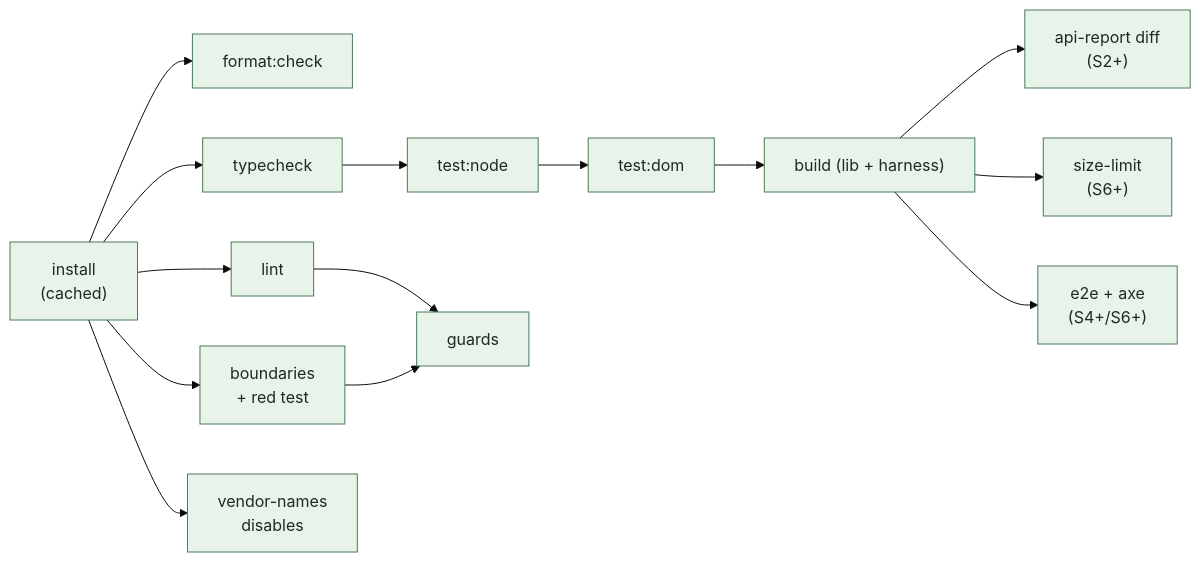
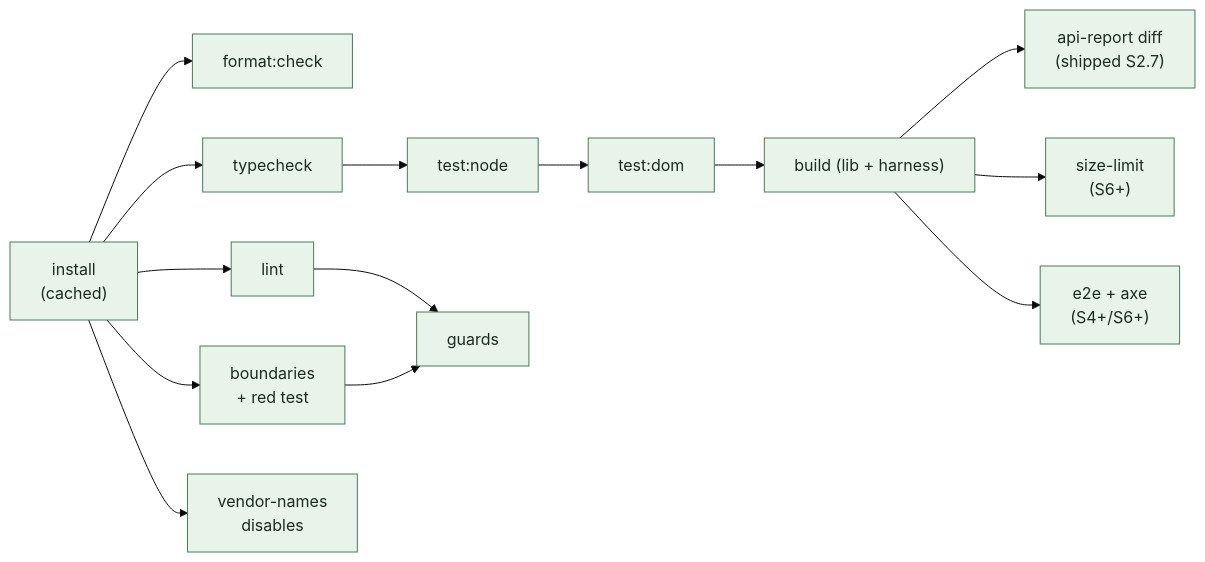
Before and after one commit to freegantt/freegantt: the diagram in docs/04-hooks-and-ci.md, drawn with Mermaid (base theme). The commit also changed other lines of this file and 2 other files, not shown here.

````diff
--- a/docs/04-hooks-and-ci.md
+++ b/docs/04-hooks-and-ci.md
@@ -132,19 +132,19 @@
 ```mermaid
 flowchart LR
   A["install<br/>(cached)"] --> B["format:check"]
   A --> C["typecheck"]
   A --> D["lint"]
   A --> E["boundaries<br/>+ red test"]
   A --> V["vendor-names<br/>disables"]
   C --> F["test:node"]
   D --> G["guards"]
   E --> G
   F --> H["test:dom"]
   H --> I["build (lib + harness)"]
-  I --> J["api-report diff<br/>(S2+)"]
+  I --> J["api-report diff<br/>(shipped S2.7)"]
   I --> K["size-limit<br/>(S6+)"]
   I --> L["e2e + axe<br/>(S4+/S6+)"]
 
   classDef s fill:#e8f4ea,stroke:#4a7a58,color:#1c2b20
   class A,B,C,D,E,V,F,G,H,I,J,K,L s
 ```
````
